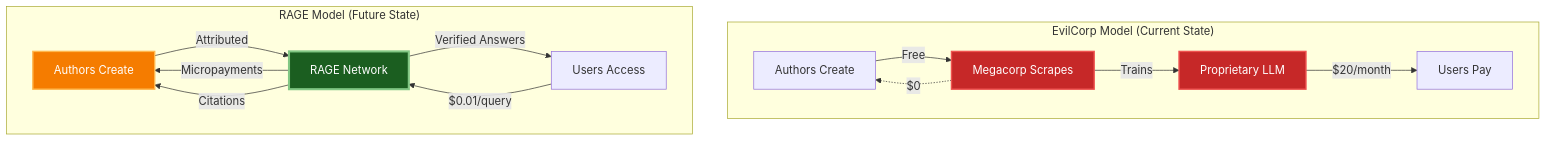
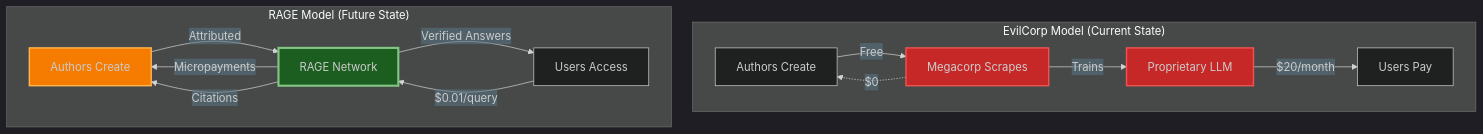
One commit to veics/rage_pitch changed the second of 2 diagrams in docs/presentations/INVESTOR_PITCH.md. Above: the diagram before and after it, drawn with Mermaid. The commit also changed other lines of this file and 8 other files, not shown here.

````diff
--- a/docs/presentations/INVESTOR_PITCH.md
+++ b/docs/presentations/INVESTOR_PITCH.md
@@ -723,22 +723,23 @@
 ```mermaid
+%%{init: {'theme':'dark', 'flowchart': {'nodeSpacing': 30, 'rankSpacing': 40, 'curve': 'basis'}, 'themeVariables': {'labelBackground':'rgba(38, 50, 56, 0.1)'}}}%%
 graph TB
     subgraph "EvilCorp Model (Current State)"
         A1[Authors Create] -->|Free| M1[Megacorp Scrapes]
         M1 -->|Trains| M2[Proprietary LLM]
         M2 -->|$20/month| U1[Users Pay]
         M1 -.->|$0| A1
     end
     
     subgraph "RAGE Model (Future State)"
         A2[Authors Create] -->|Attributed| R1[RAGE Network]
         R1 -->|Micropayments| A2
         R1 -->|Verified Answers| U2[Users Access]
         U2 -->|$0.01/query| R1
         R1 -->|Citations| A2
     end
     
-    style M1 fill:#c62828,stroke:#ef5350,stroke-width:2px,color:#fff
-    style M2 fill:#c62828,stroke:#ef5350,stroke-width:2px,color:#fff
-    style R1 fill:#1b5e20,stroke:#81c784,stroke-width:3px,color:#fff
-    style A2 fill:#f57c00,stroke:#ffb74d,stroke-width:2px,color:#fff
+    style M1 fill:#c62828,stroke:#ef5350,stroke-width:2px
+    style M2 fill:#c62828,stroke:#ef5350,stroke-width:2px
+    style R1 fill:#1b5e20,stroke:#81c784,stroke-width:3px
+    style A2 fill:#f57c00,stroke:#ffb74d,stroke-width:2px
 ```
````
